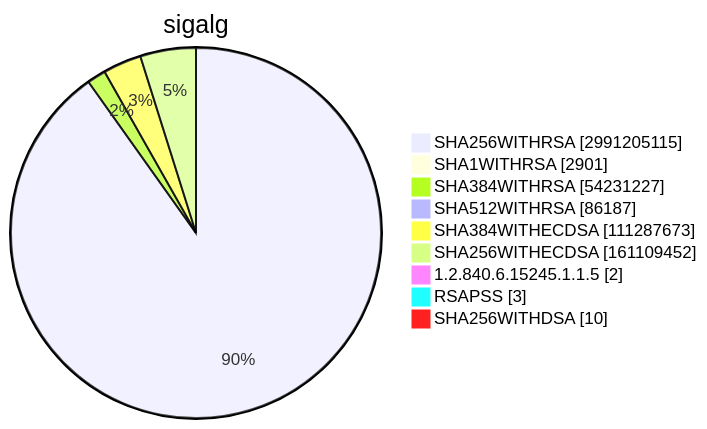
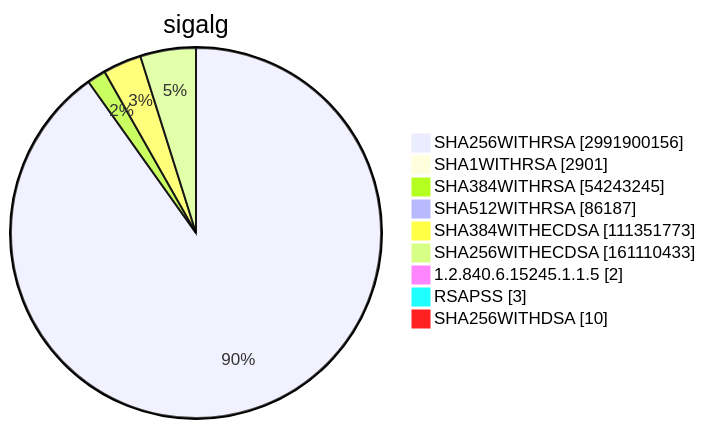
One commit to christiankrug/ctmonitor_visualization changed diagram 15 of 15 in TOTAL/README.md. Above: the diagram before and after it, drawn with Mermaid. The commit also changed other lines of this file, not shown here.

````diff
--- a/TOTAL/README.md
+++ b/TOTAL/README.md
@@ -6208,13 +6208,13 @@
 ```mermaid
 pie showData
 title sigalg
-"SHA256WITHRSA" :2991205115
+"SHA256WITHRSA" :2991900156
 "SHA1WITHRSA" :2901
-"SHA384WITHRSA" :54231227
+"SHA384WITHRSA" :54243245
 "SHA512WITHRSA" :86187
-"SHA384WITHECDSA" :111287673
-"SHA256WITHECDSA" :161109452
+"SHA384WITHECDSA" :111351773
+"SHA256WITHECDSA" :161110433
 "1.2.840.6.15245.1.1.5" :2
 "RSAPSS" :3
 "SHA256WITHDSA" :10
 ```
````
